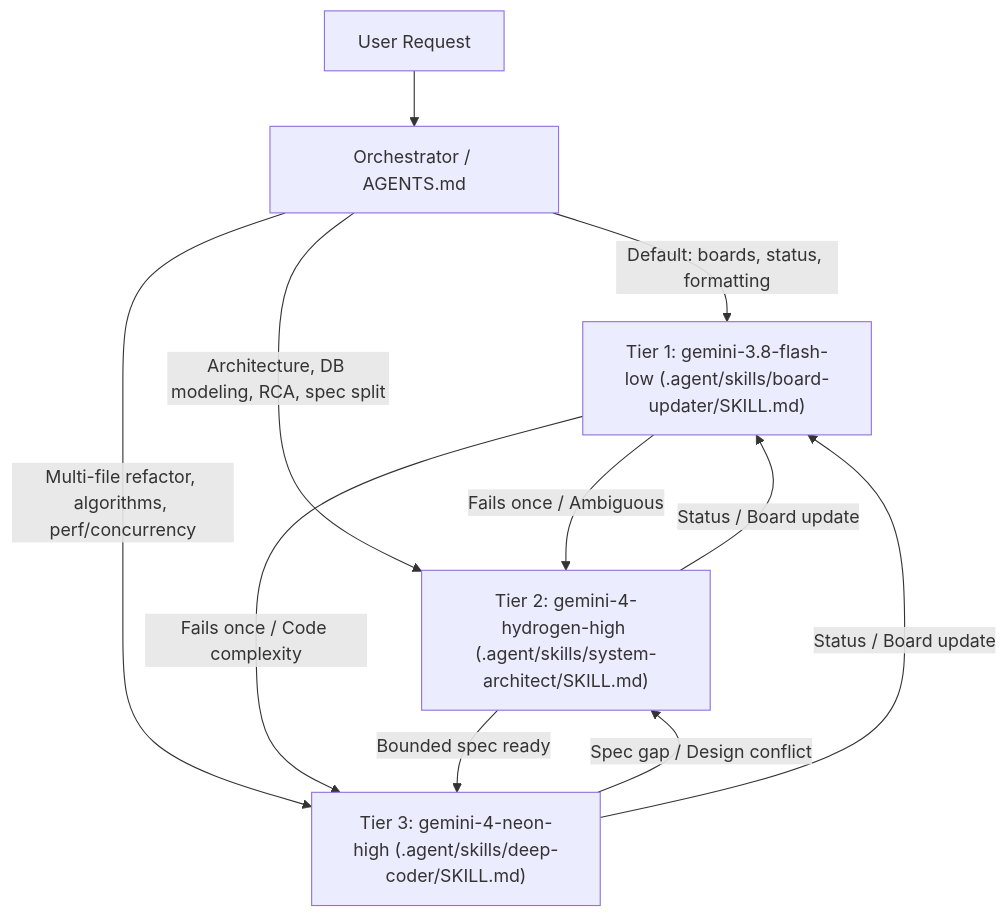
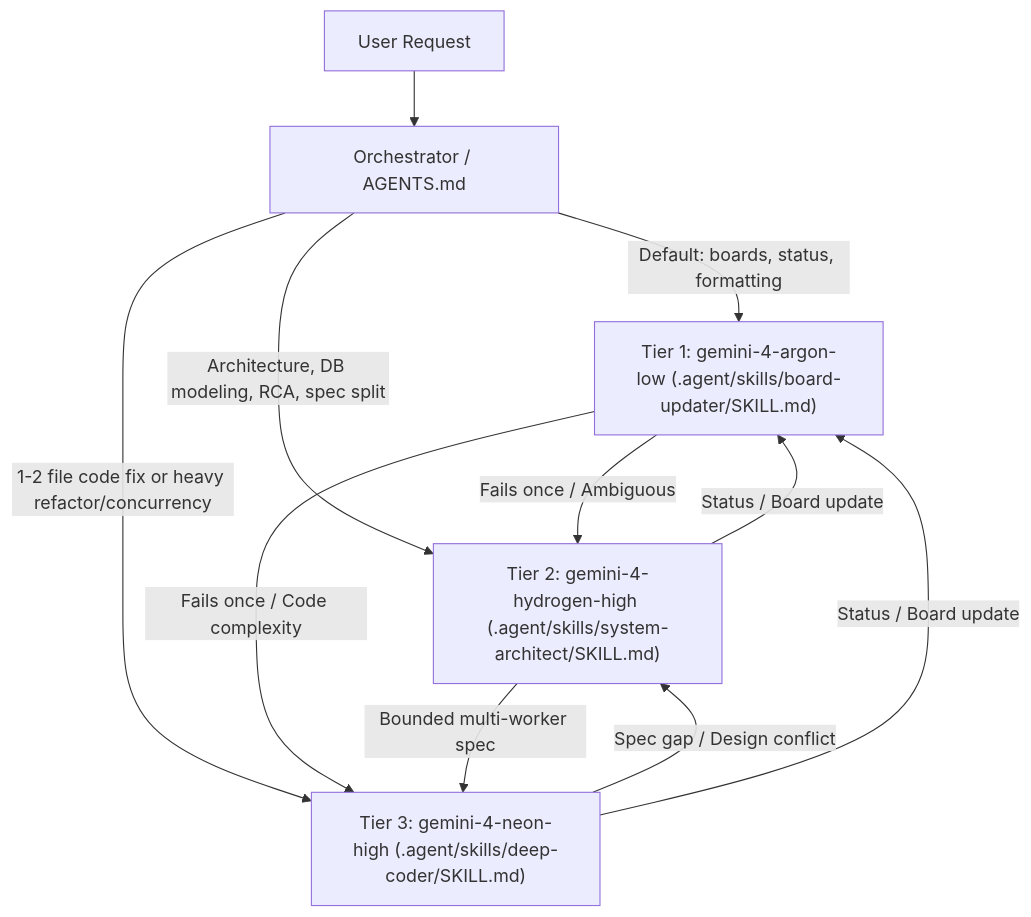
One commit to Anuphap2/antigravity-swarm-router changed the diagram in README.md. Above: the diagram before and after it, drawn with Mermaid. The commit also changed other lines of this file and 5 other files, not shown here.

Commit message:
feat(v2): isolate Tier 1 quota pool, compress skills, add benchmarks and fallback

````diff
--- a/README.md
+++ b/README.md
@@ -19,14 +19,14 @@
 ```mermaid
 flowchart TD
     U[User Request] --> C[Orchestrator / AGENTS.md]
-    C -->|Default: boards, status, formatting| T1["Tier 1: gemini-3.8-flash-low (.agent/skills/board-updater/SKILL.md)"]
+    C -->|Default: boards, status, formatting| T1["Tier 1: gemini-4-argon-low (.agent/skills/board-updater/SKILL.md)"]
     C -->|Architecture, DB modeling, RCA, spec split| T2["Tier 2: gemini-4-hydrogen-high (.agent/skills/system-architect/SKILL.md)"]
-    C -->|Multi-file refactor, algorithms, perf/concurrency| T3["Tier 3: gemini-4-neon-high (.agent/skills/deep-coder/SKILL.md)"]
+    C -->|1-2 file code fix or heavy refactor/concurrency| T3["Tier 3: gemini-4-neon-high (.agent/skills/deep-coder/SKILL.md)"]
 
     T1 -->|Fails once / Ambiguous| T2
     T1 -->|Fails once / Code complexity| T3
-    T2 -->|Bounded spec ready| T3
+    T2 -->|Bounded multi-worker spec| T3
     T3 -->|Spec gap / Design conflict| T2
     T2 -->|Status / Board update| T1
     T3 -->|Status / Board update| T1
 ```
````
